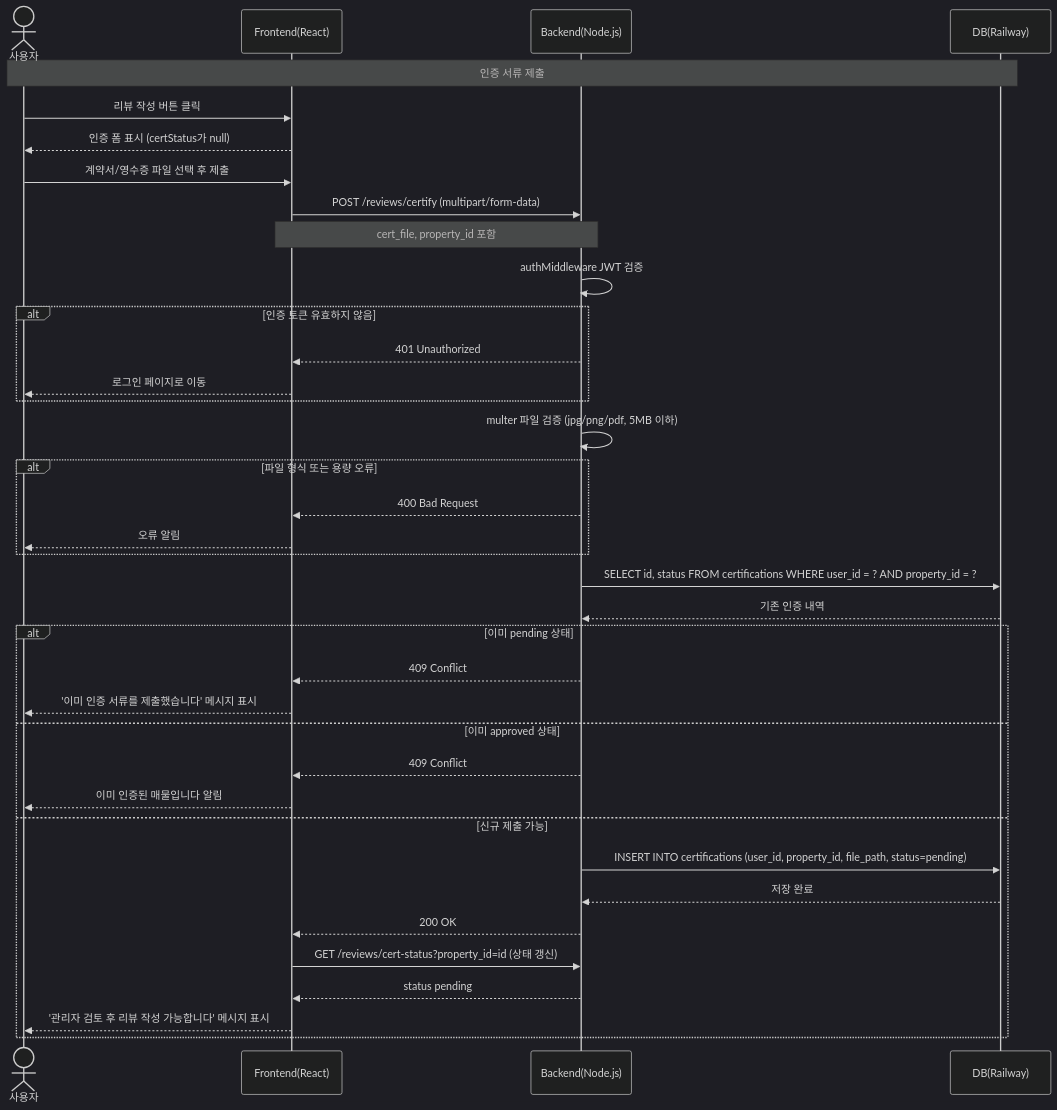
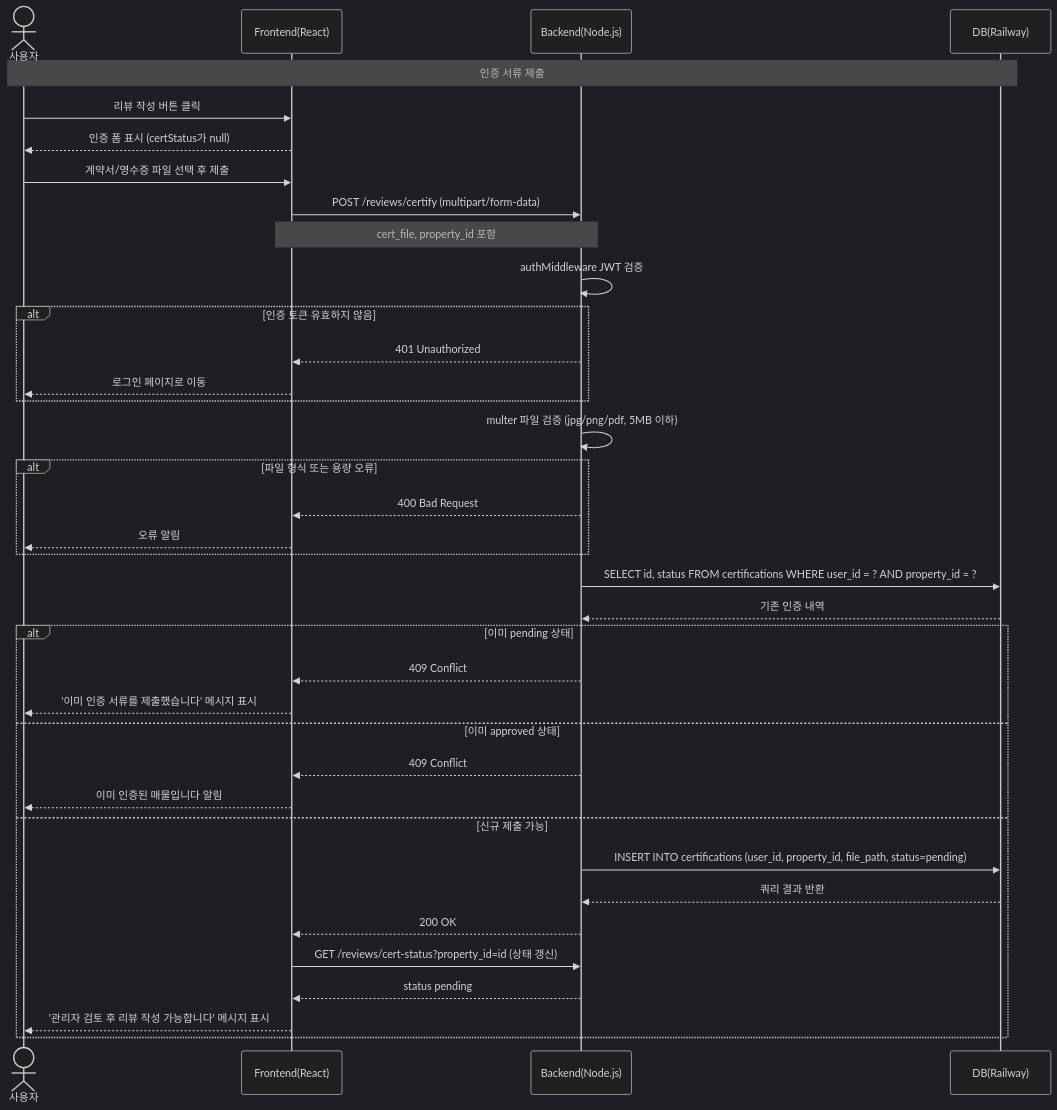
Before and after one commit to gomsaygom/jjab-bang: the sixth of 8 diagrams in report.md, drawn with Mermaid (dark theme). The commit also changed other lines of this file, not shown here.

Commit message:
feat : 시퀀스 다이어그램 내용 수정

````diff
--- a/report.md
+++ b/report.md
@@ -146,40 +146,40 @@
 ```mermaid
 sequenceDiagram
     actor U as 사용자
     participant F as Frontend(React)
     participant B as Backend(Node.js)
     participant D as DB(Railway)
 
     Note over U,D: 인증 서류 제출 
     U->>F: 리뷰 작성 버튼 클릭
     F-->>U: 인증 폼 표시 (certStatus가 null)
     U->>F: 계약서/영수증 파일 선택 후 제출
     F->>B: POST /reviews/certify (multipart/form-data)
     Note over F,B: cert_file, property_id 포함
     B->>B: authMiddleware JWT 검증
     alt 인증 토큰 유효하지 않음
         B-->>F: 401 Unauthorized
         F-->>U: 로그인 페이지로 이동
     end
     B->>B: multer 파일 검증 (jpg/png/pdf, 5MB 이하)
     alt 파일 형식 또는 용량 오류
         B-->>F: 400 Bad Request
         F-->>U: 오류 알림
     end
     B->>D: SELECT id, status FROM certifications WHERE user_id = ? AND property_id = ?
     D-->>B: 기존 인증 내역
     alt 이미 pending 상태
         B-->>F: 409 Conflict
         F-->>U: '이미 인증 서류를 제출했습니다' 메시지 표시
     else 이미 approved 상태
         B-->>F: 409 Conflict
         F-->>U: 이미 인증된 매물입니다 알림
     else 신규 제출 가능
         B->>D: INSERT INTO certifications (user_id, property_id, file_path, status=pending)
-        D-->>B: 저장 완료
+        D-->>B: 쿼리 결과 반환
         B-->>F: 200 OK
         F->>B: GET /reviews/cert-status?property_id=id (상태 갱신)
         B-->>F: status pending
         F-->>U: '관리자 검토 후 리뷰 작성 가능합니다' 메시지 표시
     end
 ```
````
